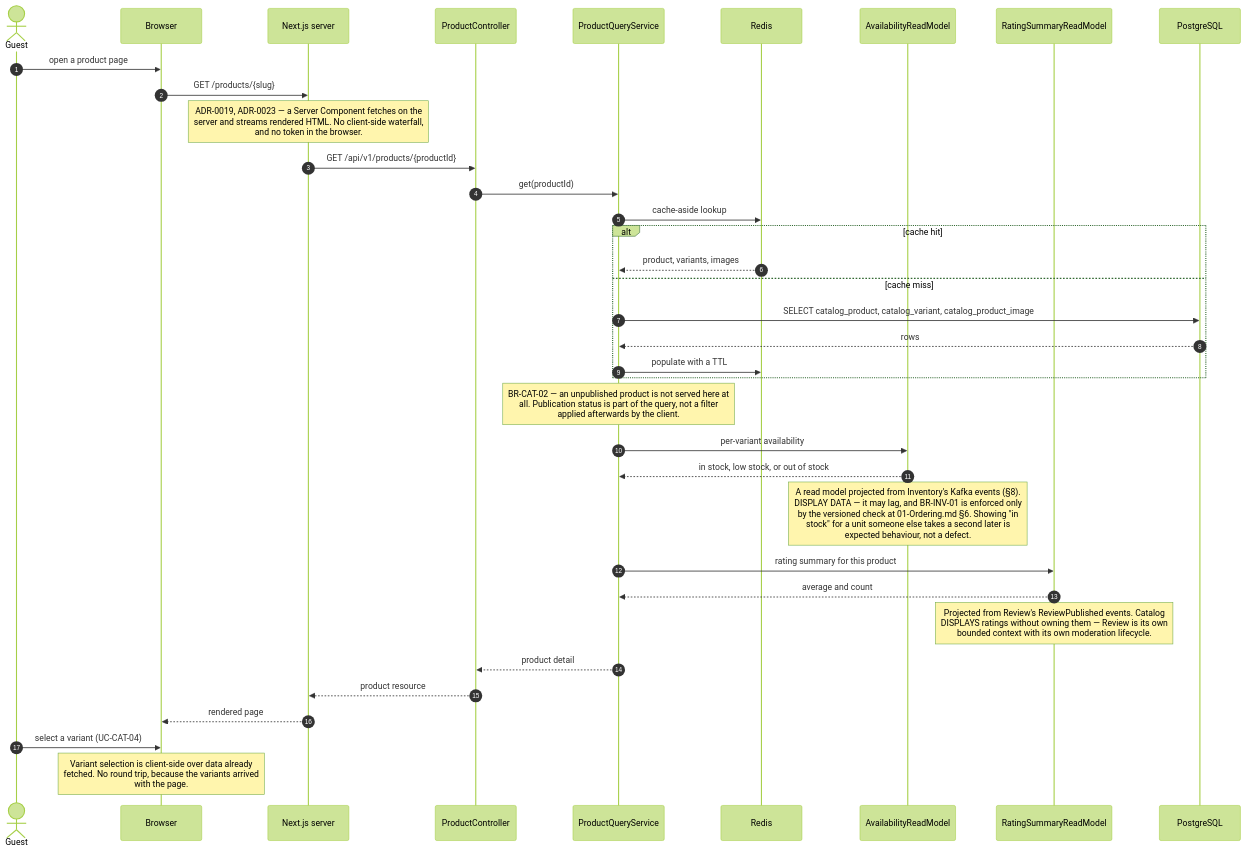
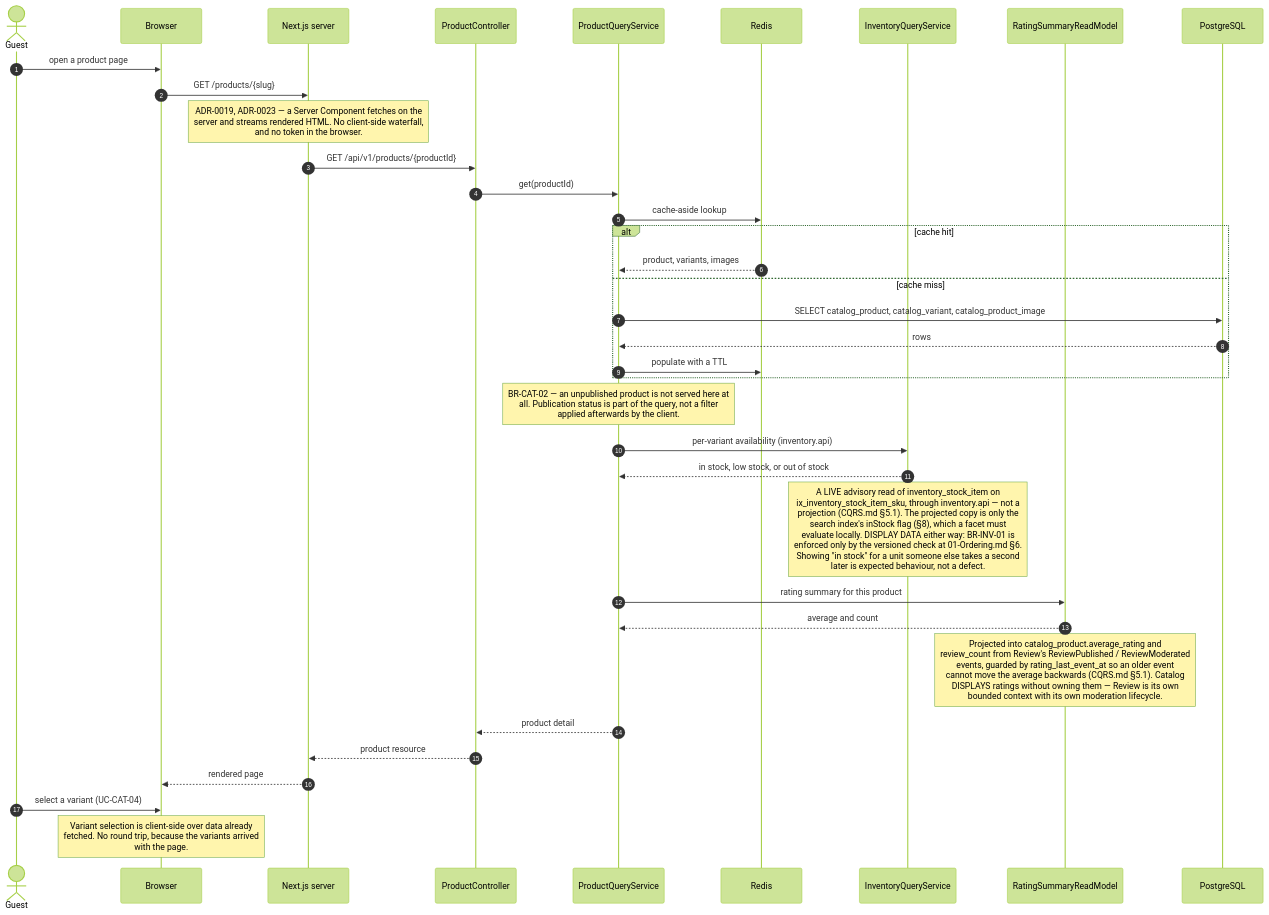
Before and after one commit to phuchoang-ecommerce-org/docs: the fifth of 8 diagrams in SA-docs/02-backend/Sequence/05-Cart-Catalog-Search.md, drawn with Mermaid (forest theme). The commit also changed 17 other files, not shown here.

Commit message:
docs(backend): Update specification for CQRS, Kafka, Redis, Outbox transaction

````diff
--- a/SA-docs/02-backend/Sequence/05-Cart-Catalog-Search.md
+++ b/SA-docs/02-backend/Sequence/05-Cart-Catalog-Search.md
@@ -252,43 +252,43 @@
 ```mermaid
 sequenceDiagram
   autonumber
   actor Guest
   participant Browser
   participant Next as Next.js server
   participant Ctl as ProductController
   participant Query as ProductQueryService
   participant Redis
-  participant Availability as AvailabilityReadModel
+  participant Availability as InventoryQueryService
   participant Rating as RatingSummaryReadModel
   participant PG as PostgreSQL
 
   Guest->>Browser: open a product page
   Browser->>Next: GET /products/{slug}
   Note over Next: ADR-0019, ADR-0023 — a Server Component fetches on the<br/>server and streams rendered HTML. No client-side waterfall,<br/>and no token in the browser.
   Next->>Ctl: GET /api/v1/products/{productId}
   Ctl->>Query: get(productId)
 
   Query->>Redis: cache-aside lookup
   alt cache hit
     Redis-->>Query: product, variants, images
   else cache miss
     Query->>PG: SELECT catalog_product, catalog_variant, catalog_product_image
     PG-->>Query: rows
     Query->>Redis: populate with a TTL
   end
   Note over Query: BR-CAT-02 — an unpublished product is not served here at<br/>all. Publication status is part of the query, not a filter<br/>applied afterwards by the client.
 
-  Query->>Availability: per-variant availability
+  Query->>Availability: per-variant availability (inventory.api)
   Availability-->>Query: in stock, low stock, or out of stock
-  Note over Availability: A read model projected from Inventory's Kafka events (§8).<br/>DISPLAY DATA — it may lag, and BR-INV-01 is enforced only<br/>by the versioned check at 01-Ordering.md §6. Showing "in<br/>stock" for a unit someone else takes a second later is<br/>expected behaviour, not a defect.
+  Note over Availability: A LIVE advisory read of inventory_stock_item on<br/>ix_inventory_stock_item_sku, through inventory.api — not a<br/>projection (CQRS.md §5.1). The projected copy is only the<br/>search index's inStock flag (§8), which a facet must<br/>evaluate locally. DISPLAY DATA either way: BR-INV-01 is<br/>enforced only by the versioned check at 01-Ordering.md §6.<br/>Showing "in stock" for a unit someone else takes a second<br/>later is expected behaviour, not a defect.
 
   Query->>Rating: rating summary for this product
   Rating-->>Query: average and count
-  Note over Rating: Projected from Review's ReviewPublished events. Catalog<br/>DISPLAYS ratings without owning them — Review is its own<br/>bounded context with its own moderation lifecycle.
+  Note over Rating: Projected into catalog_product.average_rating and<br/>review_count from Review's ReviewPublished / ReviewModerated<br/>events, guarded by rating_last_event_at so an older event<br/>cannot move the average backwards (CQRS.md §5.1). Catalog<br/>DISPLAYS ratings without owning them — Review is its own<br/>bounded context with its own moderation lifecycle.
 
   Query-->>Ctl: product detail
   Ctl-->>Next: product resource
   Next-->>Browser: rendered page
   Guest->>Browser: select a variant (UC-CAT-04)
   Note over Browser: Variant selection is client-side over data already<br/>fetched. No round trip, because the variants arrived<br/>with the page.
 ```
````
